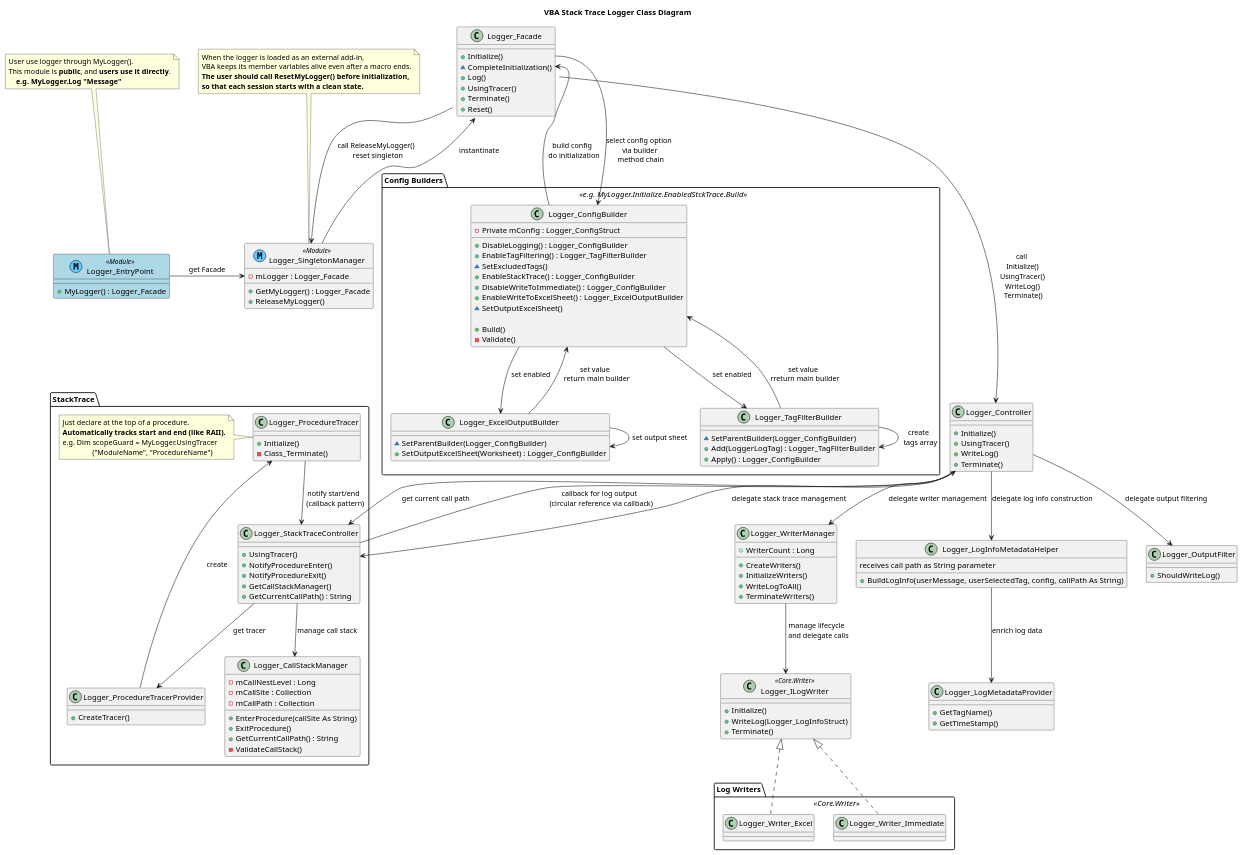
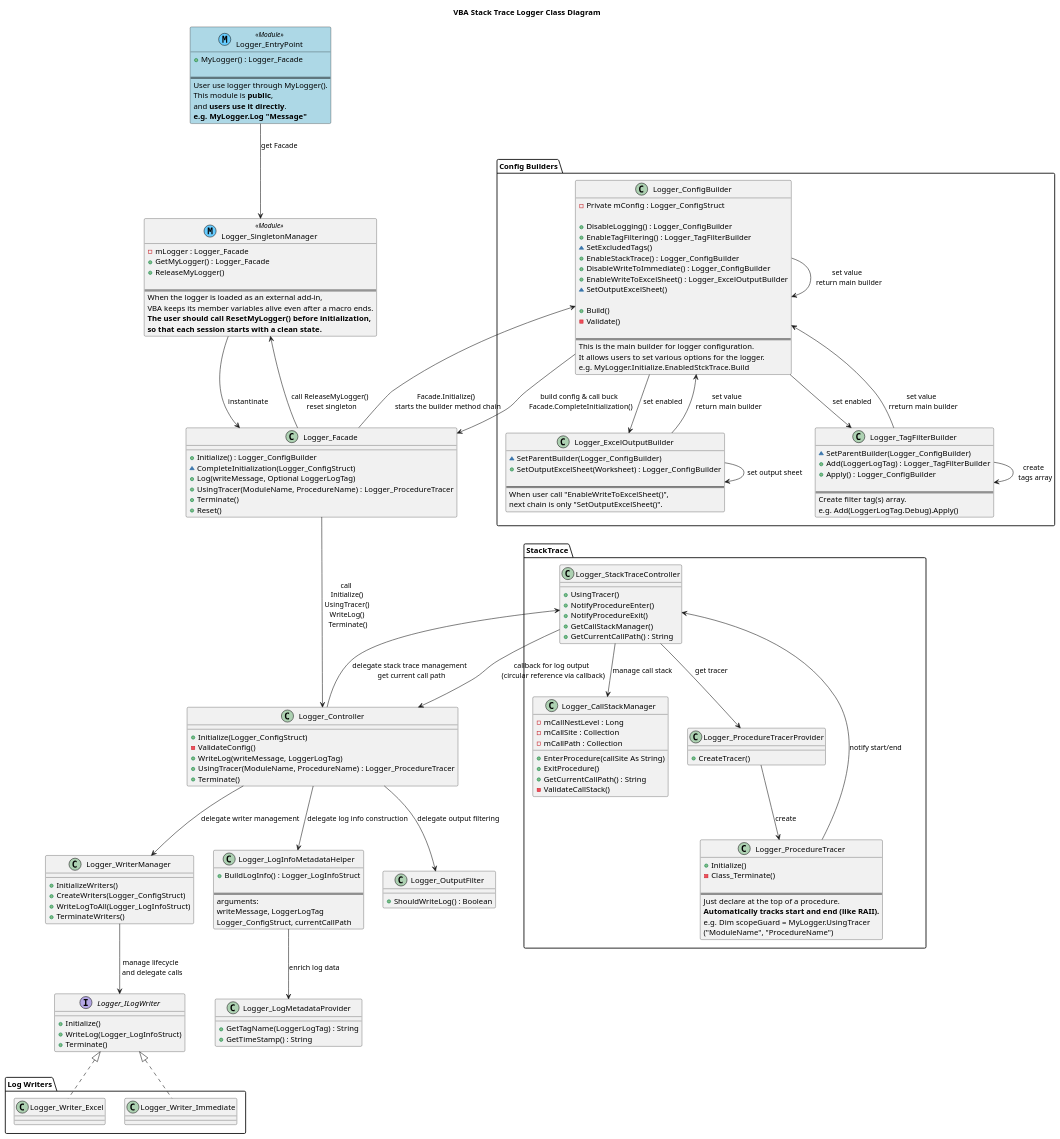
Before and after one commit to ryuryu333/vba_stack_trace_logger: the diagram in docs/クラス図.puml, drawn with PlantUML.

Commit message:
クラス図更新

```diff
--- a/docs/クラス図.puml
+++ b/docs/クラス図.puml
@@ -3,31 +3,32 @@
 
 class Logger_EntryPoint << (M,66CCFF) Module >> #LightBlue ##black {
     + MyLogger() : Logger_Facade
-}
-note top of Logger_EntryPoint
+    
+    ==
     User use logger through MyLogger().
-    This module is **public**, and **users use it directly**.
-        **e.g. MyLogger.Log "Message"**
-end note
+    This module is **public**,
+    and **users use it directly**.
+    **e.g. MyLogger.Log "Message"**
+}  
 
 class Logger_SingletonManager << (M,66CCFF) Module >> {
     - mLogger : Logger_Facade
     + GetMyLogger() : Logger_Facade
     + ReleaseMyLogger()
-}
-note top of Logger_SingletonManager
+    
+    ==
     When the logger is loaded as an external add-in,
     VBA keeps its member variables alive even after a macro ends.
     **The user should call ResetMyLogger() before initialization,**
     **so that each session starts with a clean state.**
-end note
+}
 
 ' Logger API
 class Logger_Facade {
-    + Initialize()
-    ~ CompleteInitialization()
-    + Log()
-    + UsingTracer()
+    + Initialize() : Logger_ConfigBuilder
+    ~ CompleteInitialization(Logger_ConfigStruct)
+    + Log(writeMessage, Optional LoggerLogTag)
+    + UsingTracer(ModuleName, ProcedureName) : Logger_ProcedureTracer
     + Terminate()
     + Reset()
 }
@@ -35,41 +36,46 @@
 ' Logger main logic
 ' e.g. "Logger_Facade.log" call "Logger_Controller.WriteLog"
 class Logger_Controller {
-    + Initialize()
-    + UsingTracer()
-    + WriteLog()
+    + Initialize(Logger_ConfigStruct)
+    - ValidateConfig()
+    + WriteLog(writeMessage, LoggerLogTag)
+    + UsingTracer(ModuleName, ProcedureName) : Logger_ProcedureTracer
     + Terminate()
 }
 
 ' Writer management - extracted from Controller
 class Logger_WriterManager {
-    + CreateWriters()
     + InitializeWriters()
-    + WriteLogToAll()
+    + CreateWriters(Logger_ConfigStruct)
+    + WriteLogToAll(Logger_LogInfoStruct)
     + TerminateWriters()
-    + WriterCount : Long
 }
 
 ' Log information construction - extracted from Controller
 class Logger_LogInfoMetadataHelper {
-    + BuildLogInfo(userMessage, userSelectedTag, config, callPath As String)
+    + BuildLogInfo() : Logger_LogInfoStruct
+
+    ==
+    arguments:
+    writeMessage, LoggerLogTag
+    Logger_ConfigStruct, currentCallPath
 }
 
 ' Metadata provider for log information
 class Logger_LogMetadataProvider {
-    + GetTagName()
-    + GetTimeStamp()
+    + GetTagName(LoggerLogTag) : String
+    + GetTimeStamp() : String
 }
 
 ' Output filtering - extracted from Controller
 class Logger_OutputFilter {
-    + ShouldWriteLog()
+    + ShouldWriteLog() : Boolean
 }
 
 ' User initialize logger through Logger_Facade.Initialize
 ' Setting values are defined through builders
 ' e.g. MyLogger.Initialize.EnabledStckTrace.Build
-package "Config Builders" <<e.g. MyLogger.Initialize.EnabledStckTrace.Build>> {
+package "Config Builders" {
     ' Main builder
     class Logger_ConfigBuilder {
         - Private mConfig : Logger_ConfigStruct
@@ -84,18 +90,31 @@
 
         + Build()
         - Validate()
+
+        ==
+        This is the main builder for logger configuration.
+        It allows users to set various options for the logger.
+        e.g. MyLogger.Initialize.EnabledStckTrace.Build
     }
     ' Sub builders
-    ' When user call "Logger_ConfigBuilder.EnableWriteToExcelSheet",
-    ' next chain is only "Logger_ExcelOutputBuilder.SetOutputExcelSheet"
+    ' When user call "EnableWriteToExcelSheet()",
+    ' next chain is only "SetOutputExcelSheet()"
     class Logger_ExcelOutputBuilder {
         ~ SetParentBuilder(Logger_ConfigBuilder)
         + SetOutputExcelSheet(Worksheet) : Logger_ConfigBuilder
+        
+        ==
+        When user call "EnableWriteToExcelSheet()",
+        next chain is only "SetOutputExcelSheet()".
     }
     class Logger_TagFilterBuilder {
         ~ SetParentBuilder(Logger_ConfigBuilder)
         + Add(LoggerLogTag) : Logger_TagFilterBuilder
         + Apply() : Logger_ConfigBuilder
+
+        ==
+        Create filter tag(s) array.
+        e.g. Add(LoggerLogTag.Debug).Apply()
     }
 }
 
@@ -103,12 +122,12 @@
 ' Logger_LogMetadataProvider defined in main section
 
 ' Strategy pattern
-class Logger_ILogWriter <<Core.Writer>> {
+interface Logger_ILogWriter {
     + Initialize()
     + WriteLog(Logger_LogInfoStruct)
     + Terminate()
 }
-package "Log Writers" <<Core.Writer>> {
+package "Log Writers" {
     class Logger_Writer_Excel {
     }
     class Logger_Writer_Immediate {
@@ -141,13 +160,13 @@
     class Logger_ProcedureTracer {
         + Initialize()
         - Class_Terminate()
-    }
-    note left of Logger_ProcedureTracer
+
+        ==
         Just declare at the top of a procedure.
         **Automatically tracks start and end (like RAII).**
         e.g. Dim scopeGuard = MyLogger.UsingTracer
                         ("ModuleName", "ProcedureName")
-    end note
+    }
     ' Provides procedure tracer instance
     class Logger_ProcedureTracerProvider {
         + CreateTracer()
@@ -157,15 +176,16 @@
 ' ====== relationship ======
 ' === API ===
 ' Note: User --> Logger_EntryPoint : call MyLogger & get Facade
-Logger_EntryPoint -> Logger_SingletonManager : get Facade
+Logger_EntryPoint --> Logger_SingletonManager : get Facade
 Logger_SingletonManager --> Logger_Facade : instantinate
 Logger_Facade --> Logger_SingletonManager : call ReleaseMyLogger() \n reset singleton
 ' === Logger Initilize & build config ===
-Logger_Facade::Initialize --> Logger_ConfigBuilder : select config option \n via builder \n method chain
-Logger_ConfigBuilder --> Logger_Facade::CompleteInitialization : build config \n do initialization
+Logger_Facade --> Logger_ConfigBuilder : Facade.Initialize() \n starts the builder method chain
+Logger_ConfigBuilder --> Logger_Facade : build config & call buck \n Facade.CompleteInitialization()
 ' Main builder
 Logger_ConfigBuilder --> Logger_ExcelOutputBuilder : set enabled
 Logger_ConfigBuilder --> Logger_TagFilterBuilder : set enabled
+Logger_ConfigBuilder --> Logger_ConfigBuilder : set value \n return main builder
 ' Sub builders
 Logger_ExcelOutputBuilder --> Logger_ExcelOutputBuilder : set output sheet
 Logger_ExcelOutputBuilder --> Logger_ConfigBuilder : set value \n return main builder
@@ -176,7 +196,7 @@
 Logger_Controller --> Logger_WriterManager : delegate writer management
 Logger_Controller --> Logger_LogInfoMetadataHelper : delegate log info construction
 Logger_Controller --> Logger_OutputFilter : delegate output filtering
-Logger_Controller --> Logger_StackTraceController : delegate stack trace management
+Logger_Controller --> Logger_StackTraceController : delegate stack trace management \n get current call path
 Logger_StackTraceController --> Logger_Controller : callback for log output \n (circular reference via callback)
 ' === Writers ===
 Logger_WriterManager --> Logger_ILogWriter : manage lifecycle \n and delegate calls
@@ -186,9 +206,7 @@
 Logger_StackTraceController --> Logger_CallStackManager : manage call stack
 Logger_StackTraceController --> Logger_ProcedureTracerProvider : get tracer
 Logger_ProcedureTracerProvider --> Logger_ProcedureTracer : create
-Logger_ProcedureTracer --> Logger_StackTraceController : notify start/end \n (callback pattern)
-Logger_Controller --> Logger_StackTraceController : get current call path
-Logger_LogInfoMetadataHelper : receives call path as String parameter
+Logger_ProcedureTracer --> Logger_StackTraceController : notify start/end
 
 
 Logger_LogInfoMetadataHelper --> Logger_LogMetadataProvider : enrich log data
```
